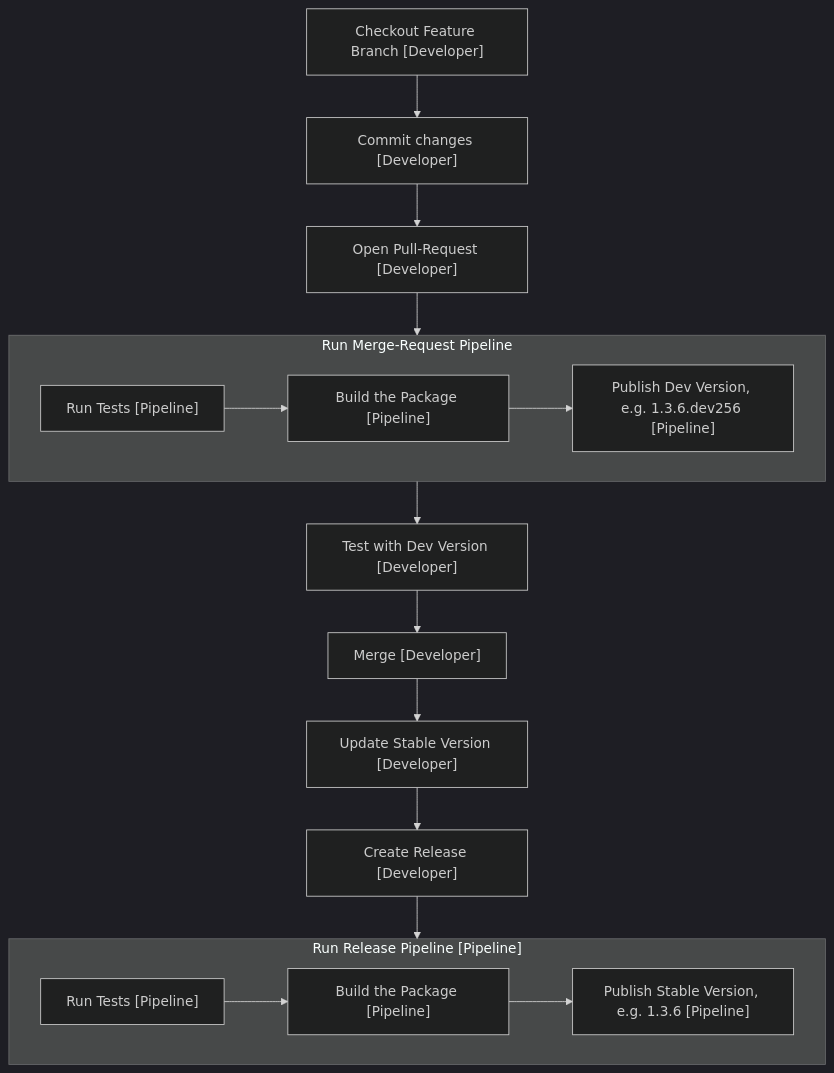
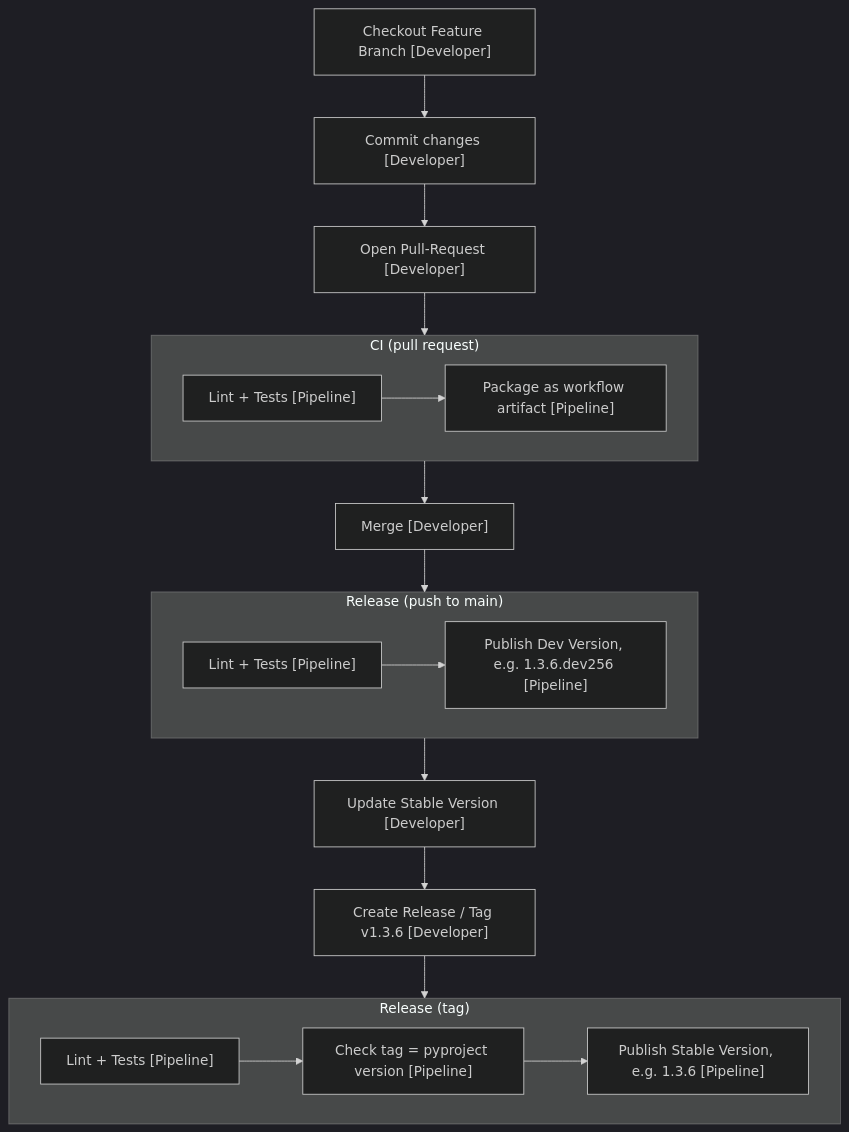
The second of 2 diagrams in docs/development-and-release.md (SWR-MoIP/VideoIPath-Automation-Tool), drawn with Mermaid (dark theme) before and after one commit. The commit also changed other lines of this file and 5 other files, not shown here.

````diff
--- a/docs/development-and-release.md
+++ b/docs/development-and-release.md
@@ -114,37 +137,41 @@
 ```mermaid
 flowchart TD
     checkout-feature-branch["Checkout Feature Branch [Developer]"]
     commit["Commit changes [Developer]"]
     open-mr["Open Pull-Request [Developer]"]
-    use-test-build["Test with Dev Version [Developer]"]
     merge["Merge [Developer]"]
     update-stable-version["Update Stable Version [Developer]"]
-    create-release["Create Release [Developer]"]
+    create-release["Create Release / Tag v1.3.6 [Developer]"]
 
-    subgraph run-mr-pipeline["Run Merge-Request Pipeline"]
-        mr-tests["Run Tests [Pipeline]"]
-        mr-build["Build the Package [Pipeline]"]
+    subgraph run-pr-pipeline["CI (pull request)"]
+        pr-checks["Lint + Tests [Pipeline]"]
+        pr-artifact["Package as workflow artifact [Pipeline]"]
+
+        pr-checks --> pr-artifact
+    end
+
+    subgraph run-main-pipeline["Release (push to main)"]
+        main-checks["Lint + Tests [Pipeline]"]
         publish-dev-version["Publish Dev Version, e.g. 1.3.6.dev256 [Pipeline]"]
 
-        mr-tests --> mr-build
-        mr-build --> publish-dev-version
+        main-checks --> publish-dev-version
     end
 
-    subgraph run-main-pipeline["Run Release Pipeline [Pipeline]"]
-        tests["Run Tests [Pipeline]"]
-        build["Build the Package [Pipeline]"]
+    subgraph run-tag-pipeline["Release (tag)"]
+        tag-checks["Lint + Tests [Pipeline]"]
+        tag-version-check["Check tag = pyproject version [Pipeline]"]
         publish-stable-version["Publish Stable Version, e.g. 1.3.6 [Pipeline]"]
 
-        tests --> build
-        build --> publish-stable-version
+        tag-checks --> tag-version-check
+        tag-version-check --> publish-stable-version
     end
 
     checkout-feature-branch --> commit
     commit --> open-mr
-    open-mr --> run-mr-pipeline
-    run-mr-pipeline --> use-test-build
-    use-test-build --> merge
-    merge --> update-stable-version
+    open-mr --> run-pr-pipeline
+    run-pr-pipeline --> merge
+    merge --> run-main-pipeline
+    run-main-pipeline --> update-stable-version
     update-stable-version --> create-release
-    create-release --> run-main-pipeline
+    create-release --> run-tag-pipeline
 ```
````
